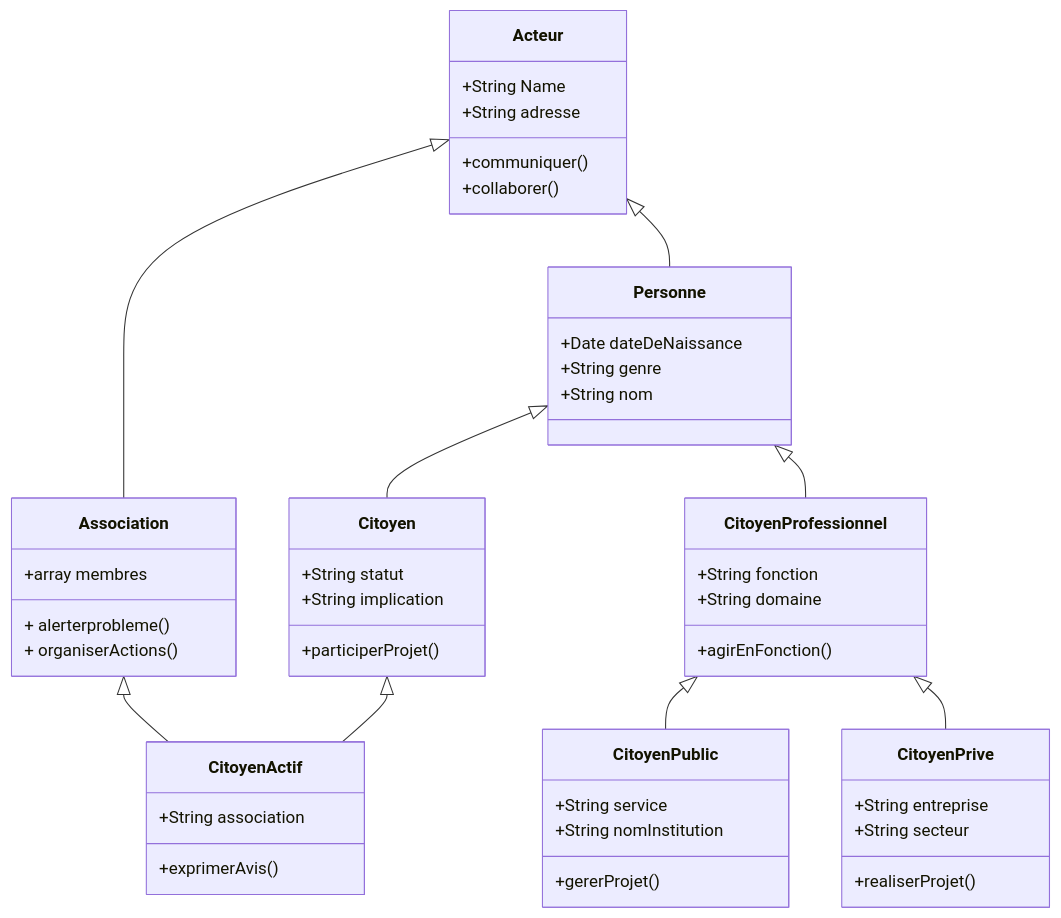
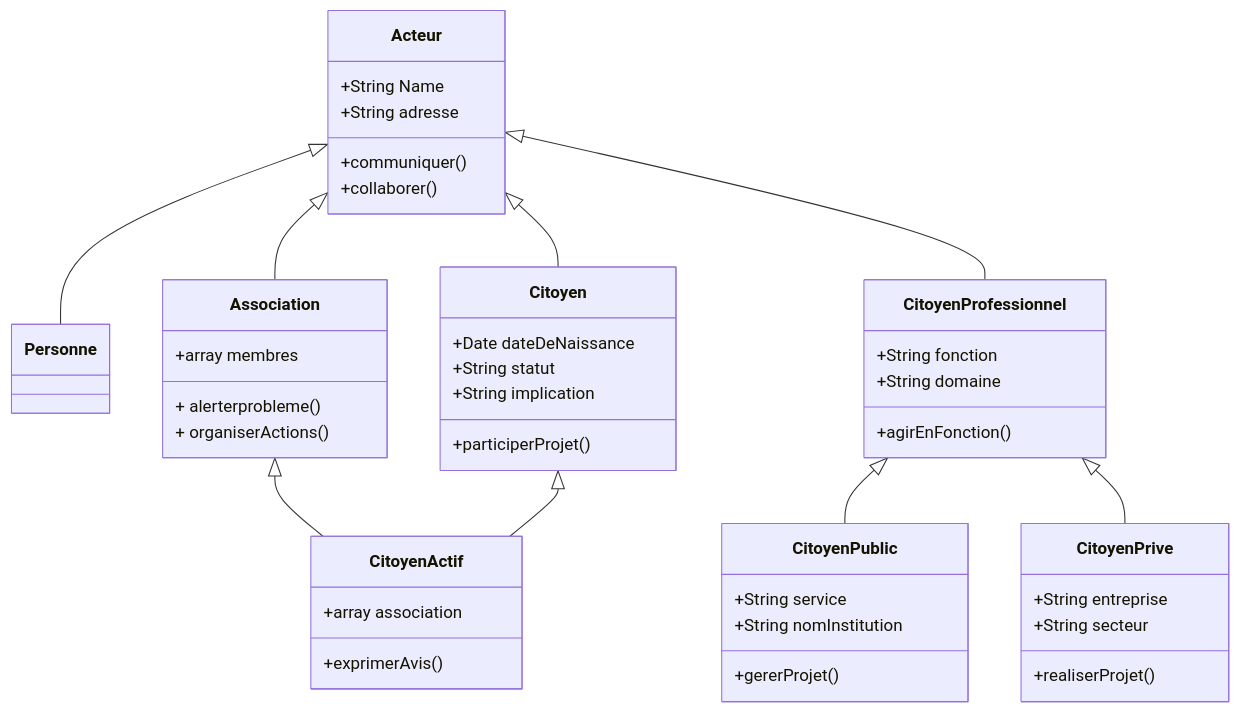
One commit to kahiarchi/plaine---saint--Denis---batiment- changed the diagram in acteurskahiachi3.md. Above: the diagram before and after it, drawn with Mermaid.

````diff
--- a/acteurskahiachi3.md
+++ b/acteurskahiachi3.md
@@ -1,57 +1,54 @@
 ```mermaid
 classDiagram
      Acteur <|-- Personne
    Acteur <|-- Association
-    Personne <|-- Citoyen
+    Acteur <|-- Citoyen
      Association <|-- CitoyenActif
     Citoyen <|-- CitoyenActif
-    Personne <|-- CitoyenProfessionnel
+    Acteur <|-- CitoyenProfessionnel
     CitoyenProfessionnel <|-- CitoyenPublic
     CitoyenProfessionnel <|-- CitoyenPrive
 
 
     Acteur : +String Name
     Acteur : +String adresse
     Acteur: +communiquer()
     Acteur: +collaborer()
-  class Personne {
-     +Date   dateDeNaissance
-     +String genre
-     +String nom
-  }
+
 
   class Citoyen {
+     +Date   dateDeNaissance
      +String statut 
      +String implication
      +participerProjet()
   }
 
    class Association{
 
     +array membres 
     + alerterprobleme()
     + organiserActions()
     }
   class CitoyenActif {
-     +String association
+     +array association
      +exprimerAvis()
   }
 
   class CitoyenProfessionnel {
      +String fonction
      +String domaine
      +agirEnFonction()
   }
 
   class CitoyenPublic {
      +String service
      +String nomInstitution
      +gererProjet()
   }
 
   class CitoyenPrive {
      +String entreprise
      +String secteur
      +realiserProjet()
   }
 ```
````
